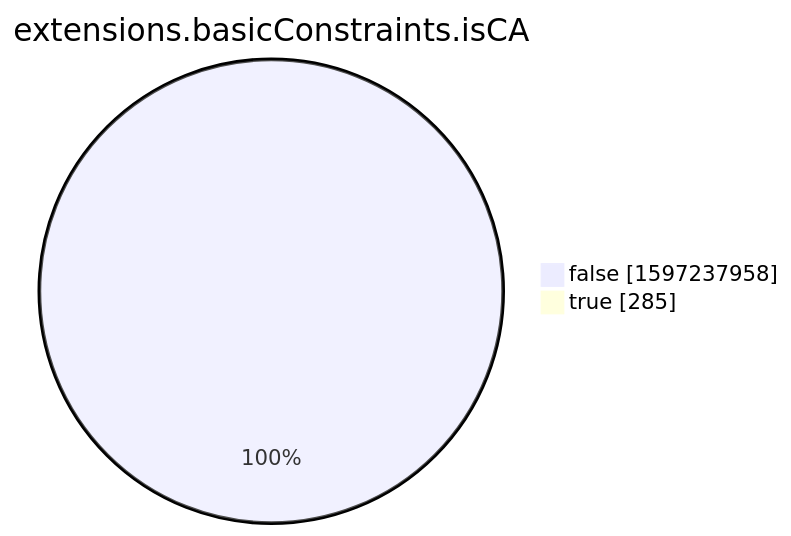
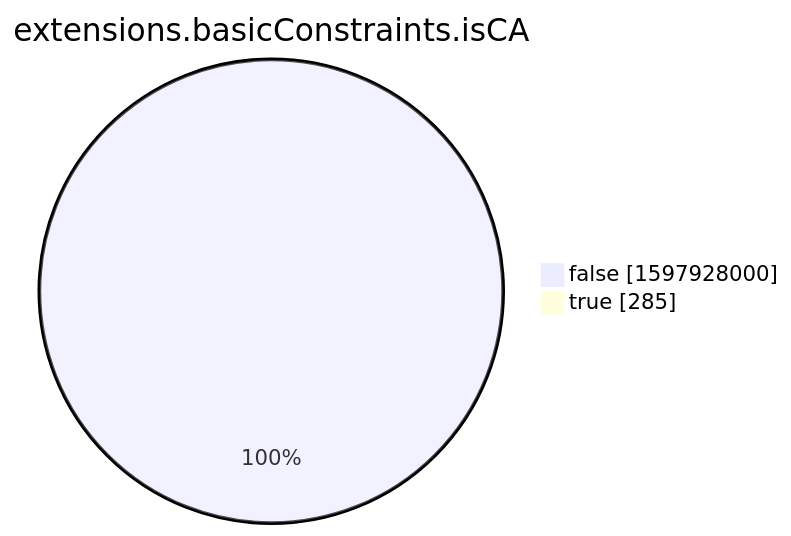
The eighth of 15 diagrams in xenon2022/README.md (christiankrug/ctmonitor_visualization), drawn with Mermaid before and after one commit. The commit also changed other lines of this file, not shown here.

````diff
--- a/xenon2022/README.md
+++ b/xenon2022/README.md
@@ -2862,6 +2862,6 @@
 ```mermaid
 pie showData
 title extensions.basicConstraints.isCA
-"false" :1597237958
+"false" :1597928000
 "true" :285
 ```
````
